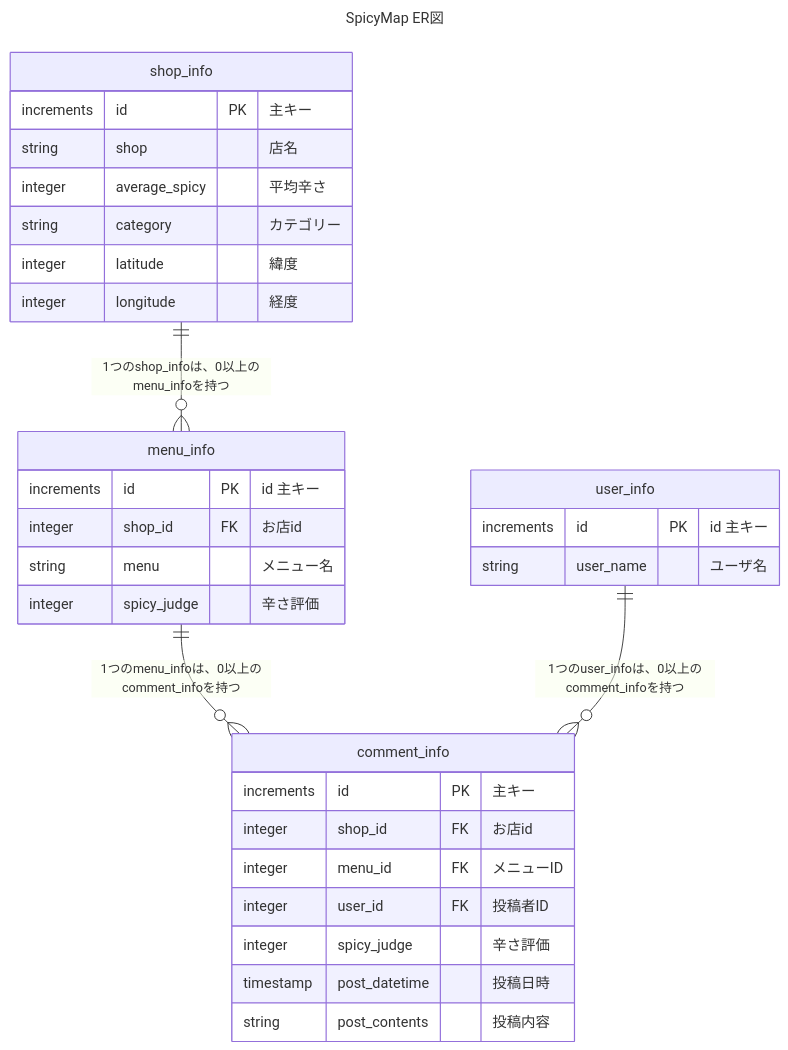
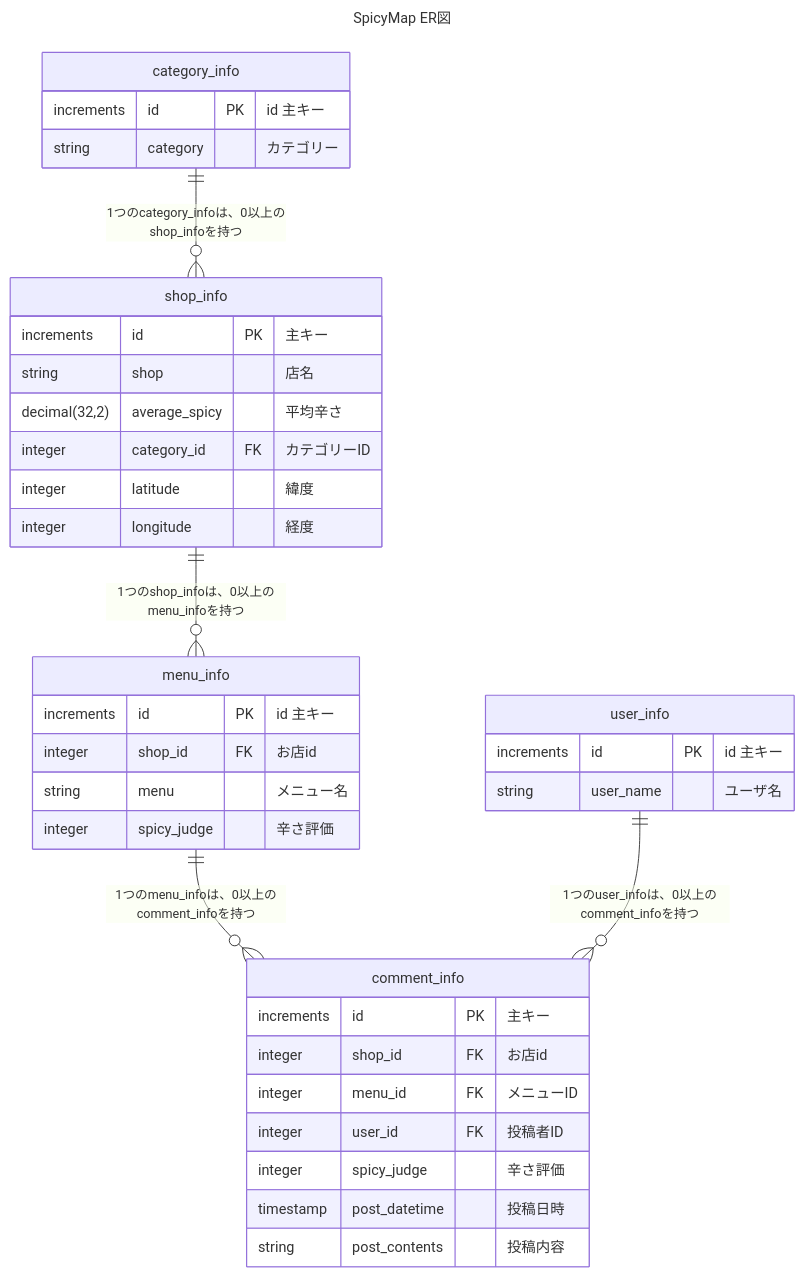
Before and after one commit to DIGTeamTrois/SpicyMap: the diagram in README.md, drawn with Mermaid.

Commit message:
ER図カテゴリーテーブル追加

````diff
--- a/README.md
+++ b/README.md
@@ -5,42 +5,48 @@
 ```mermaid
 ---
 title: "SpicyMap ER図"
 ---
 erDiagram
 
 shop_info {
     increments id PK "主キー"
     string shop "店名"
-    integer average_spicy "平均辛さ"
-    string category "カテゴリー" 
+    decimal(32,2) average_spicy "平均辛さ"
+    integer category_id FK "カテゴリーID" 
     integer latitude "緯度"
     integer longitude "経度"
 }
 
 menu_info {
     increments id PK "id 主キー"
     integer shop_id FK "お店id"
     string menu "メニュー名"
     integer spicy_judge "辛さ評価"
 }
 
 
 comment_info {
     increments id PK "主キー"
     integer shop_id FK "お店id"
     integer menu_id FK "メニューID"
     integer user_id FK "投稿者ID"
     integer spicy_judge "辛さ評価"
     timestamp post_datetime "投稿日時" 
     string post_contents "投稿内容"
 }
 
 user_info {
     increments id PK "id 主キー"
     string user_name "ユーザ名"
 }
 
+category_info {
+    increments id PK "id 主キー"
+    string category "カテゴリー"
+}
+
 shop_info ||--o{ menu_info : "1つのshop_infoは、0以上のmenu_infoを持つ"
 menu_info ||--o{ comment_info : "1つのmenu_infoは、0以上のcomment_infoを持つ"
 user_info ||--o{ comment_info : "1つのuser_infoは、0以上のcomment_infoを持つ"
+category_info ||--o{ shop_info : "1つのcategory_infoは、0以上のshop_infoを持つ"
 ```
````
